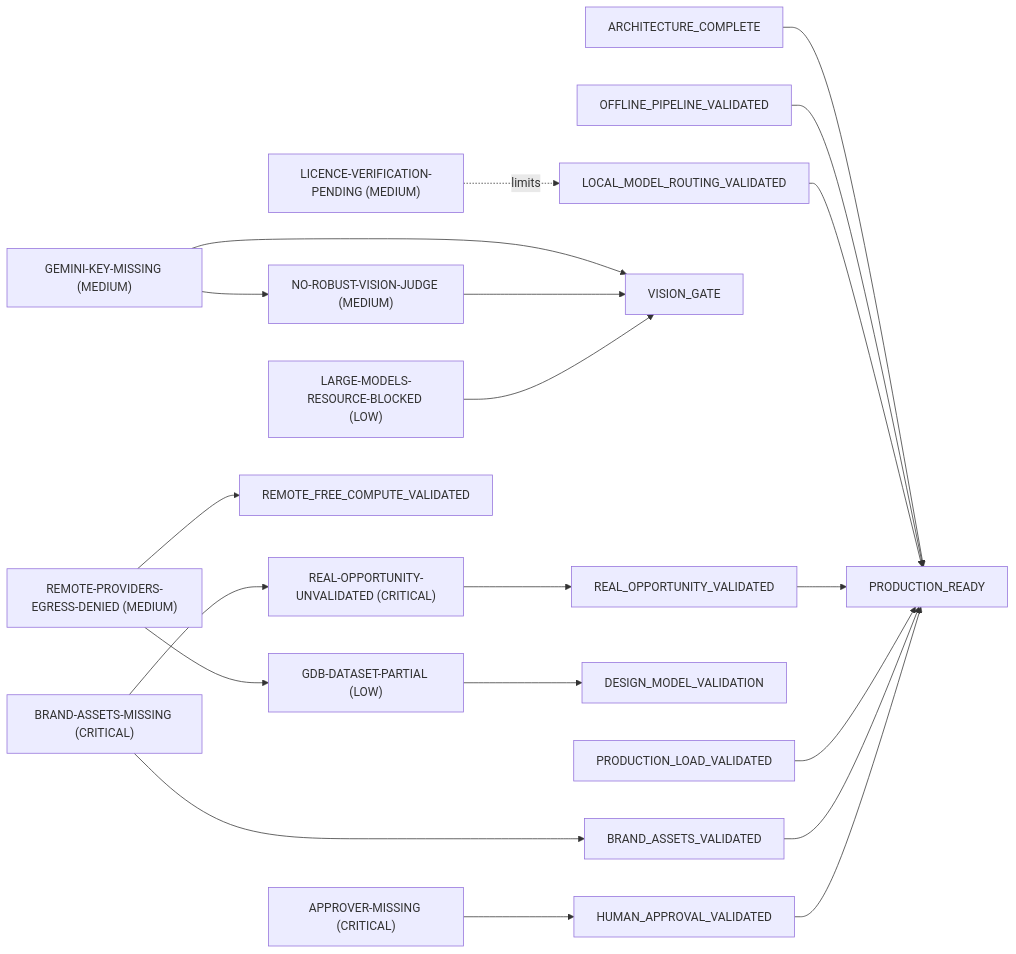
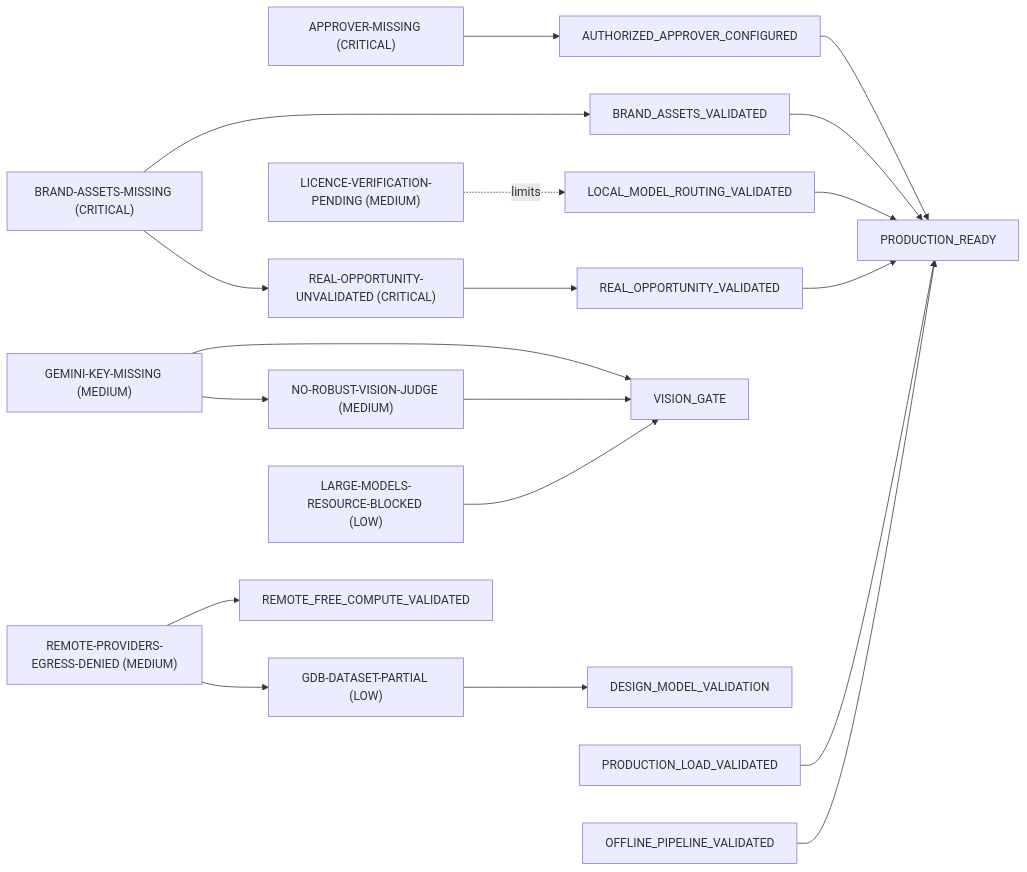
One commit to geniusa2009-stack/Autonomous-Intelligence-Organization-for-APEX changed the diagram in PRODUCTION_BLOCKERS.md. Above: the diagram before and after it, drawn with Mermaid. The commit also changed other lines of this file and 16 other files, not shown here.

````diff
--- a/PRODUCTION_BLOCKERS.md
+++ b/PRODUCTION_BLOCKERS.md
@@ -24,22 +38,21 @@
 ```mermaid
 flowchart LR
-  APPROVER_MISSING["APPROVER-MISSING (CRITICAL)"] --> HUMAN_APPROVAL_VALIDATED
+  APPROVER_MISSING["APPROVER-MISSING (CRITICAL)"] --> AUTHORIZED_APPROVER_CONFIGURED
   BRAND_ASSETS_MISSING["BRAND-ASSETS-MISSING (CRITICAL)"] --> BRAND_ASSETS_VALIDATED
   REAL_OPPORTUNITY_UNVALIDATED["REAL-OPPORTUNITY-UNVALIDATED (CRITICAL)"] --> REAL_OPPORTUNITY_VALIDATED
   BRAND_ASSETS_MISSING --> REAL_OPPORTUNITY_UNVALIDATED
   GEMINI_KEY_MISSING["GEMINI-KEY-MISSING (MEDIUM)"] --> VISION_GATE
   LICENCE_VERIFICATION_PENDING["LICENCE-VERIFICATION-PENDING (MEDIUM)"] -. limits .-> LOCAL_MODEL_ROUTING_VALIDATED
   NO_ROBUST_VISION_JUDGE["NO-ROBUST-VISION-JUDGE (MEDIUM)"] --> VISION_GATE
   GEMINI_KEY_MISSING --> NO_ROBUST_VISION_JUDGE
   REMOTE_PROVIDERS_EGRESS_DENIED["REMOTE-PROVIDERS-EGRESS-DENIED (MEDIUM)"] --> REMOTE_FREE_COMPUTE_VALIDATED
   GDB_DATASET_PARTIAL["GDB-DATASET-PARTIAL (LOW)"] --> DESIGN_MODEL_VALIDATION
   REMOTE_PROVIDERS_EGRESS_DENIED --> GDB_DATASET_PARTIAL
   LARGE_MODELS_RESOURCE_BLOCKED["LARGE-MODELS-RESOURCE-BLOCKED (LOW)"] --> VISION_GATE
-  ARCHITECTURE_COMPLETE --> PRODUCTION_READY
+  BRAND_ASSETS_VALIDATED --> PRODUCTION_READY
+  AUTHORIZED_APPROVER_CONFIGURED --> PRODUCTION_READY
+  REAL_OPPORTUNITY_VALIDATED --> PRODUCTION_READY
+  PRODUCTION_LOAD_VALIDATED --> PRODUCTION_READY
   OFFLINE_PIPELINE_VALIDATED --> PRODUCTION_READY
   LOCAL_MODEL_ROUTING_VALIDATED --> PRODUCTION_READY
-  REAL_OPPORTUNITY_VALIDATED --> PRODUCTION_READY
-  PRODUCTION_LOAD_VALIDATED --> PRODUCTION_READY
-  BRAND_ASSETS_VALIDATED --> PRODUCTION_READY
-  HUMAN_APPROVAL_VALIDATED --> PRODUCTION_READY
 ```
````
